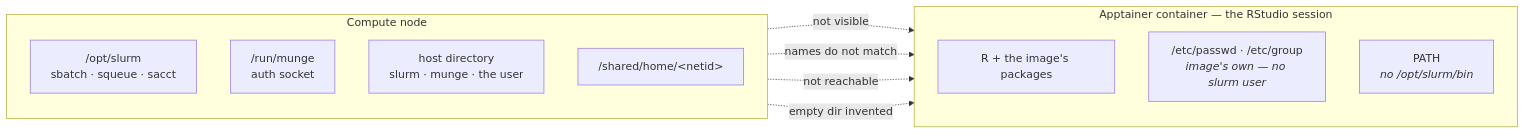
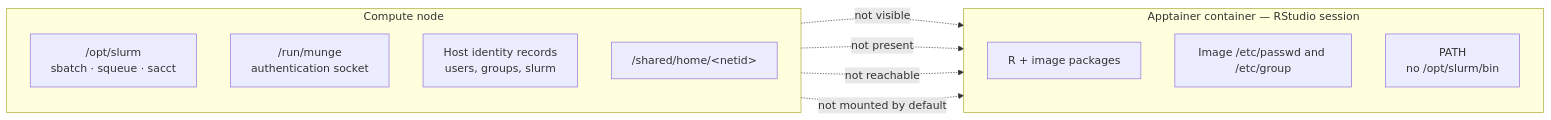
The first of 3 diagrams in SLURM.md (Harvard-ATG/ood-rstudio), drawn with Mermaid before and after one commit. The commit also changed other lines of this file and 1 other file, not shown here.

First line of the commit message:
Rewrite SLURM.md and the README pointer for clarity

````diff
--- a/SLURM.md
+++ b/SLURM.md
@@ -90,22 +72,22 @@
 ```mermaid
 flowchart LR
     subgraph node["Compute node"]
         direction TB
         SB["/opt/slurm<br/>sbatch · squeue · sacct"]
-        MU["/run/munge<br/>auth socket"]
-        DIR["host directory<br/>slurm · munge · the user"]
+        MU["/run/munge<br/>authentication socket"]
+        ID["Host identity records<br/>users, groups, slurm"]
         HM["/shared/home/&lt;netid&gt;"]
     end
 
-    subgraph ctr["Apptainer container — the RStudio session"]
+    subgraph ctr["Apptainer container — RStudio session"]
         direction TB
-        RR["R + the image's packages"]
-        PW["/etc/passwd · /etc/group<br/><i>image's own — no slurm user</i>"]
-        PA["PATH<br/><i>no /opt/slurm/bin</i>"]
+        RR["R + image packages"]
+        PW["Image /etc/passwd and /etc/group"]
+        PA["PATH<br/>no /opt/slurm/bin"]
     end
 
     SB -. "not visible" .-> PA
     MU -. "not reachable" .-> ctr
-    DIR -. "names do not match" .-> PW
-    HM -. "empty dir invented" .-> ctr
+    ID -. "not present" .-> PW
+    HM -. "not mounted by default" .-> ctr
 ```
````
